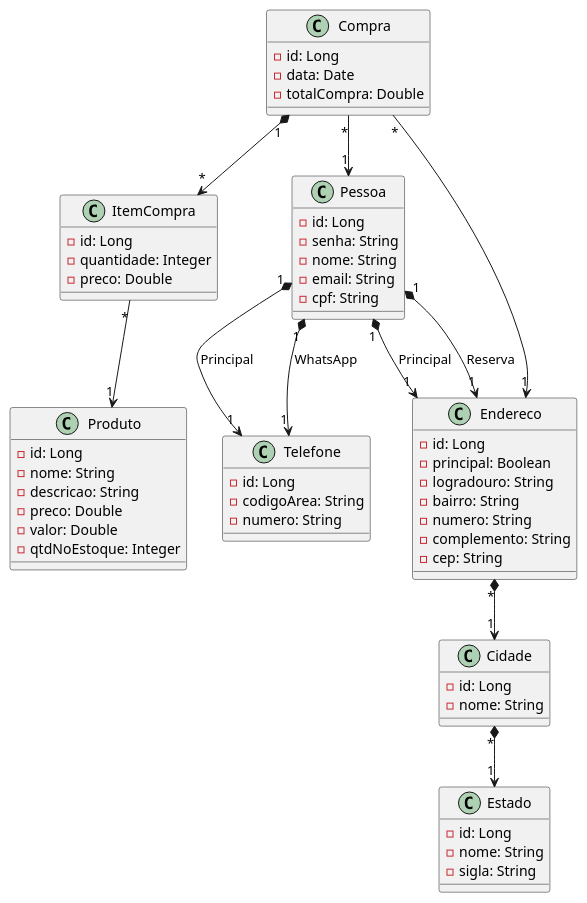
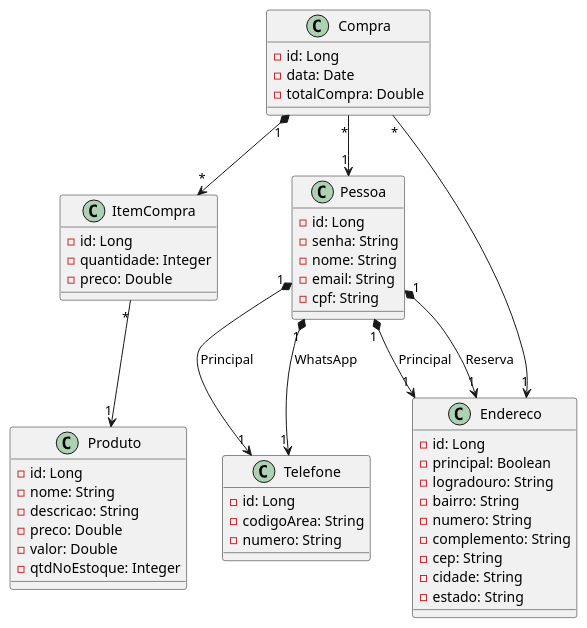
One commit to daniel-ferreira-da-costa/tabacaria-topicos1 changed the diagram in src/main/java/unitins/UML/uml_tabacaria.plantuml. Above: the diagram before and after it, drawn with PlantUML. The commit also changed 28 other files, not shown here.

```diff
--- a/src/main/java/unitins/UML/uml_tabacaria.plantuml
+++ b/src/main/java/unitins/UML/uml_tabacaria.plantuml
@@ -1,75 +1,64 @@
 @startuml Tabacaria
 '========Produto========='
 class Produto {
     - id: Long
     - nome: String
     - descricao: String
     - preco: Double
     - valor: Double
     - qtdNoEstoque: Integer
 }
 
 '========Usuario========='
 class Pessoa{
     - id: Long
     - senha: String
     - nome: String
     - email: String
     - cpf: String
 }
 
 class Telefone {
     - id: Long
     - codigoArea: String
     - numero: String
 }
 '========Venda========='
 class Compra {
     - id: Long
     - data: Date
     - totalCompra: Double
 }
 
 class ItemCompra {
     - id: Long
     - quantidade: Integer
     - preco: Double
 }
 
 '========Endereço========='
 class Endereco {
     - id: Long
     - principal: Boolean
     - logradouro: String
     - bairro: String
     - numero: String
     - complemento: String
     - cep: String
-}
-class Estado{
-    - id: Long
-    - nome: String
-    - sigla: String
-}
-
-class Cidade{
-    - id: Long
-    - nome: String
+    - cidade: String
+    - estado: String
 }
 
 '========Relacionamentos========='
 Compra "1" *--> "*" ItemCompra
 Compra "*" --> "1" Pessoa
 Compra "*" --> "1" Endereco
 
 ItemCompra "*" --> "1" Produto
 
 Pessoa "1" *--> "1" Telefone : Principal
 Pessoa "1" *--> "1" Telefone : WhatsApp
 Pessoa "1" *--> "1" Endereco : Principal
 Pessoa "1" *--> "1" Endereco : Reserva
 
-Endereco "*" *--> "1" Cidade
-Cidade "*" *--> "1" Estado
-
 @enduml
```
